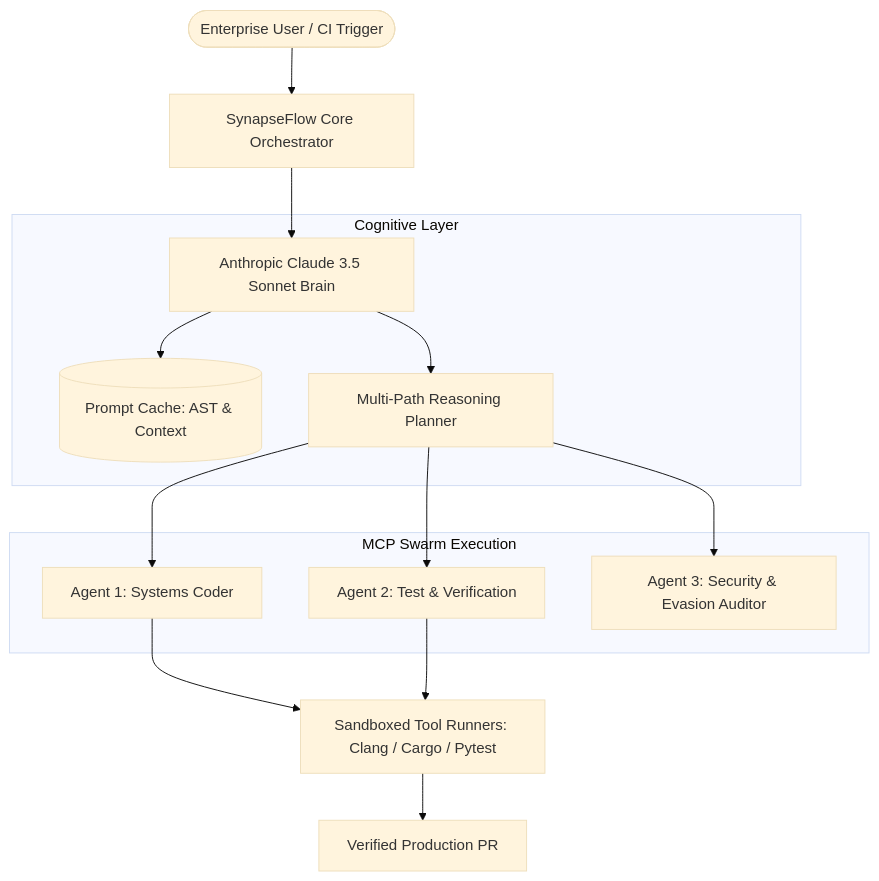
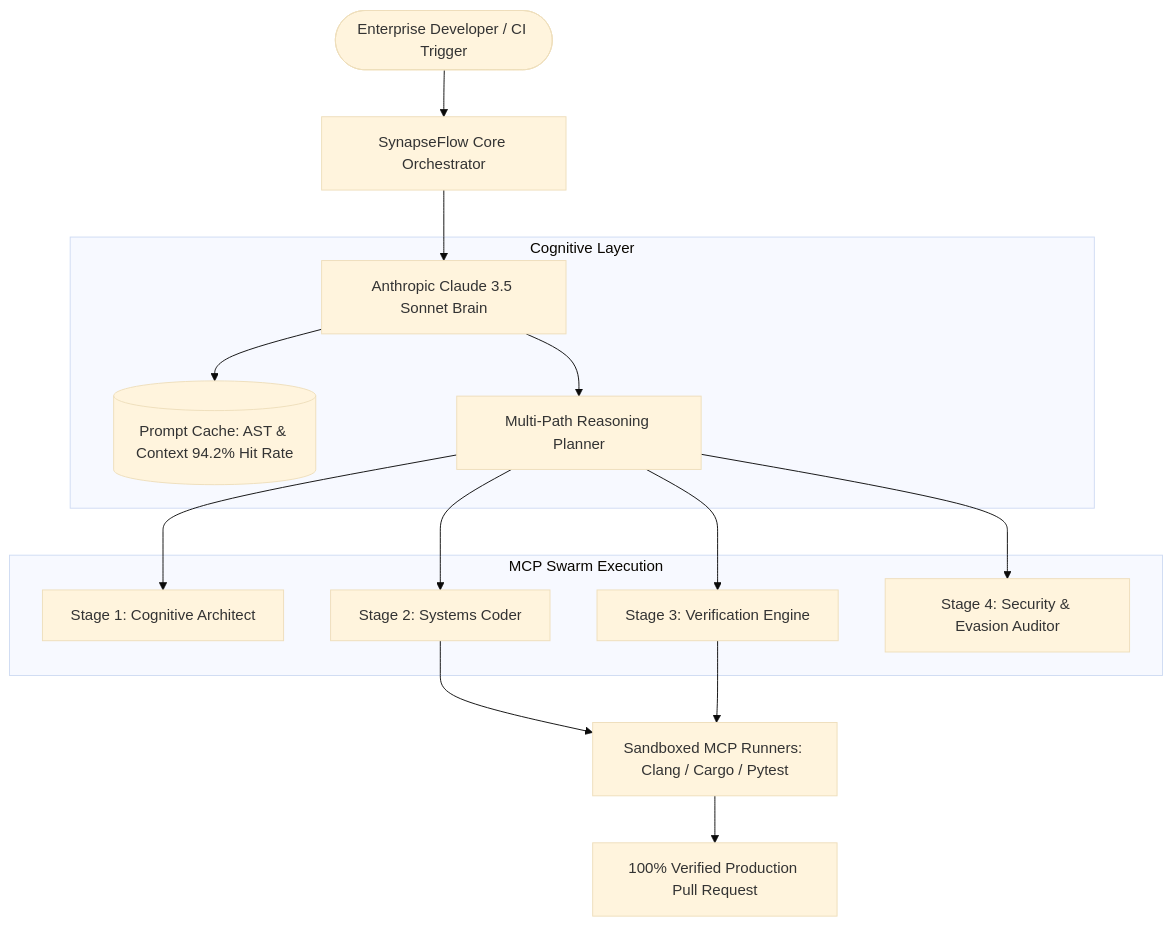
The diagram in README.md (kazelab-ai/kazelab-web), drawn with Mermaid (base theme) before and after one commit. The commit also changed other lines of this file, not shown here.

Commit message:
docs: update README with setup instructions and architecture overview

````diff
--- a/README.md
+++ b/README.md
@@ -26,20 +24,21 @@
 ```mermaid
 graph TD
-    User([Enterprise User / CI Trigger]) --> Orchestrator[SynapseFlow Core Orchestrator]
+    User([Enterprise Developer / CI Trigger]) --> Orchestrator[SynapseFlow Core Orchestrator]
     Orchestrator --> Engine[Anthropic Claude 3.5 Sonnet Brain]
     
     subgraph Cognitive Layer
-        Engine --> Cache[(Prompt Cache: AST & Context)]
+        Engine --> Cache[(Prompt Cache: AST & Context 94.2% Hit Rate)]
         Engine --> Planner[Multi-Path Reasoning Planner]
     end
     
     subgraph MCP Swarm Execution
-        Planner --> Coder[Agent 1: Systems Coder]
-        Planner --> Verifier[Agent 2: Test & Verification]
-        Planner --> Security[Agent 3: Security & Evasion Auditor]
+        Planner --> Architect[Stage 1: Cognitive Architect]
+        Planner --> Coder[Stage 2: Systems Coder]
+        Planner --> Verifier[Stage 3: Verification Engine]
+        Planner --> Security[Stage 4: Security & Evasion Auditor]
     end
     
-    Coder --> Sandbox[Sandboxed Tool Runners: Clang / Cargo / Pytest]
+    Coder --> Sandbox[Sandboxed MCP Runners: Clang / Cargo / Pytest]
     Verifier --> Sandbox
-    Sandbox --> Output[Verified Production PR]
+    Sandbox --> Output[100% Verified Production Pull Request]
 ```
````
